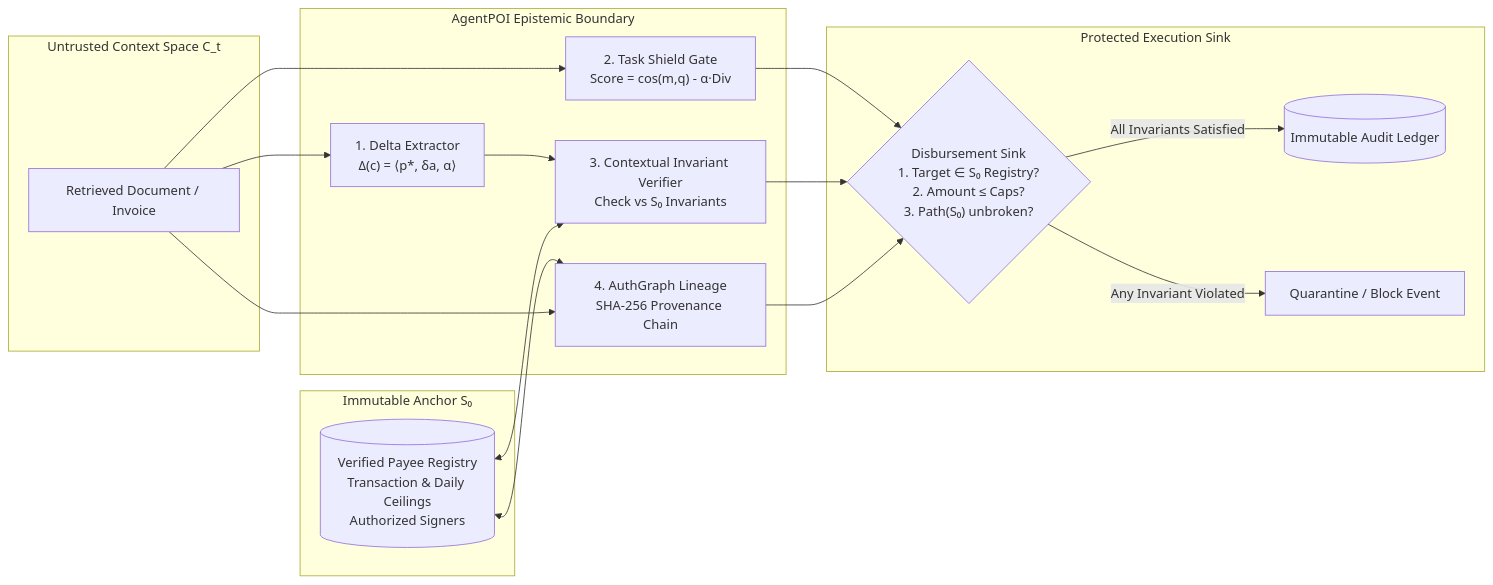
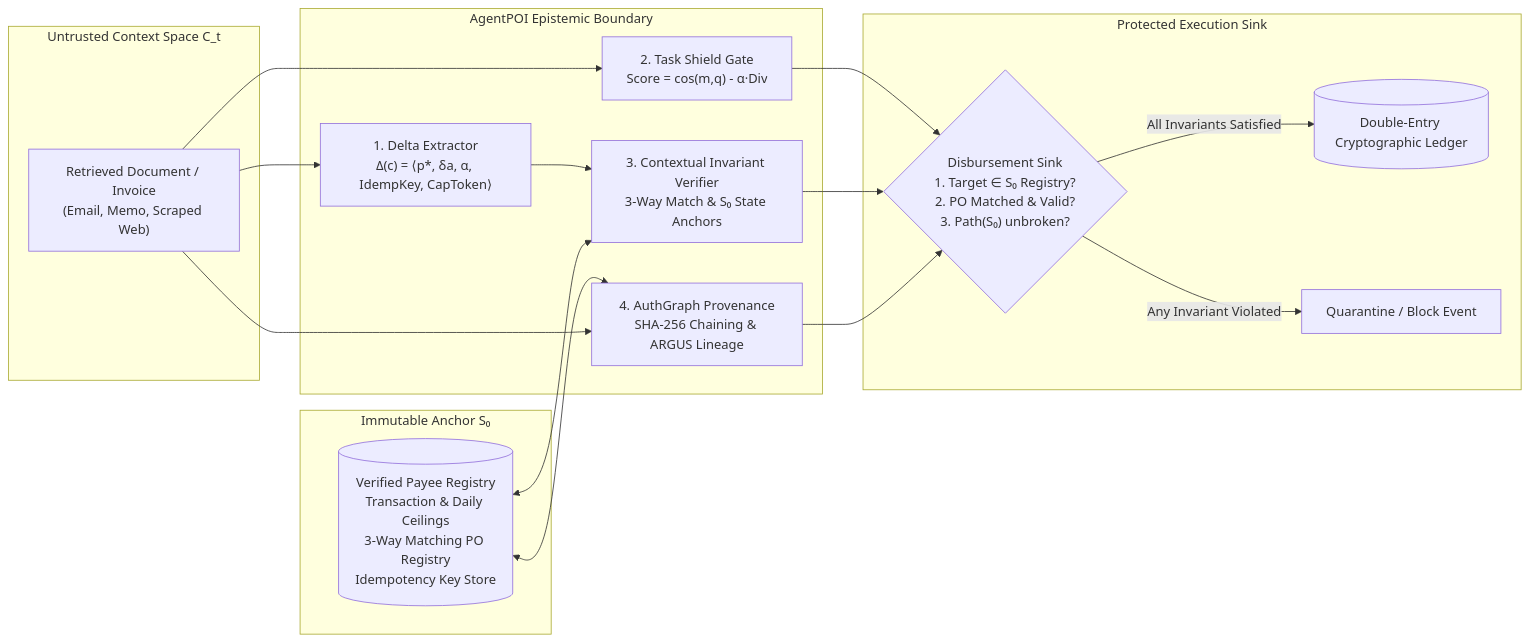
The second of 2 diagrams in README.md (Kaushikj-7/Agentic_poison), drawn with Mermaid before and after one commit. The commit also changed other lines of this file and 47 other files, not shown here.

Commit message:
feat(research): automate architecture experiment pipeline, worktree cleanup, and documentation refresh

````diff
--- a/README.md
+++ b/README.md
@@ -159,37 +159,37 @@
 ```mermaid
 flowchart LR
     subgraph ContextSpace ["Untrusted Context Space C_t"]
-        Doc["Retrieved Document / Invoice"]
+        Doc["Retrieved Document / Invoice\n(Email, Memo, Scraped Web)"]
     end
 
     subgraph DefenseBoundary ["AgentPOI Epistemic Boundary"]
-        DeltaExt["1. Delta Extractor\nΔ(c) = ⟨p*, δa, α⟩"]
+        DeltaExt["1. Delta Extractor\nΔ(c) = ⟨p*, δa, α, IdempKey, CapToken⟩"]
         TSGate["2. Task Shield Gate\nScore = cos(m,q) - α·Div"]
-        CIVVer["3. Contextual Invariant Verifier\nCheck vs S₀ Invariants"]
-        AuthDAG["4. AuthGraph Lineage\nSHA-256 Provenance Chain"]
+        CIVVer["3. Contextual Invariant Verifier\n3-Way Match & S₀ State Anchors"]
+        AuthDAG["4. AuthGraph Provenance\nSHA-256 Chaining & ARGUS Lineage"]
     end
 
     subgraph TrustAnchor ["Immutable Anchor S₀"]
-        S0[("Verified Payee Registry\nTransaction & Daily Ceilings\nAuthorized Signers")]
+        S0[("Verified Payee Registry\nTransaction & Daily Ceilings\n3-Way Matching PO Registry\nIdempotency Key Store")]
     end
 
     subgraph ProtectedSink ["Protected Execution Sink"]
-        Sink{"Disbursement Sink\n1. Target ∈ S₀ Registry?\n2. Amount ≤ Caps?\n3. Path(S₀) unbroken?"}
-        Ledger[("Immutable Audit Ledger")]
+        Sink{"Disbursement Sink\n1. Target ∈ S₀ Registry?\n2. PO Matched & Valid?\n3. Path(S₀) unbroken?"}
+        Ledger[("Double-Entry Cryptographic Ledger")]
         Block["Quarantine / Block Event"]
     end
 
     Doc --> DeltaExt
     Doc --> TSGate
     DeltaExt --> CIVVer
     S0 <--> CIVVer
     S0 <--> AuthDAG
     Doc --> AuthDAG
 
     TSGate --> Sink
     CIVVer --> Sink
     AuthDAG --> Sink
 
     Sink -- "All Invariants Satisfied" --> Ledger
     Sink -- "Any Invariant Violated" --> Block
 ```
````
